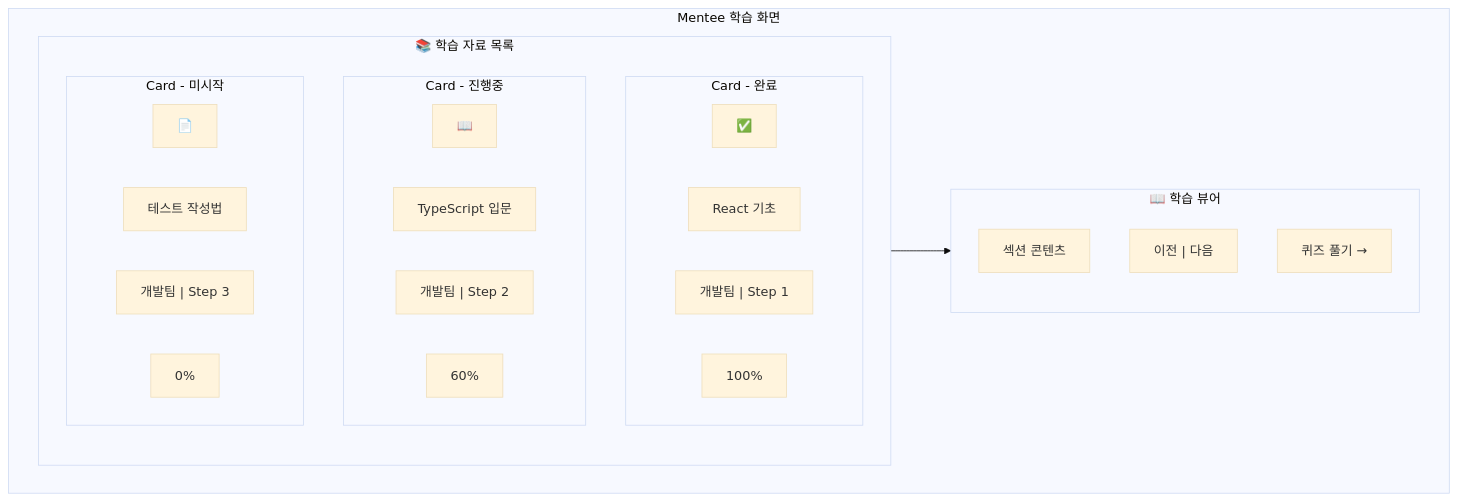
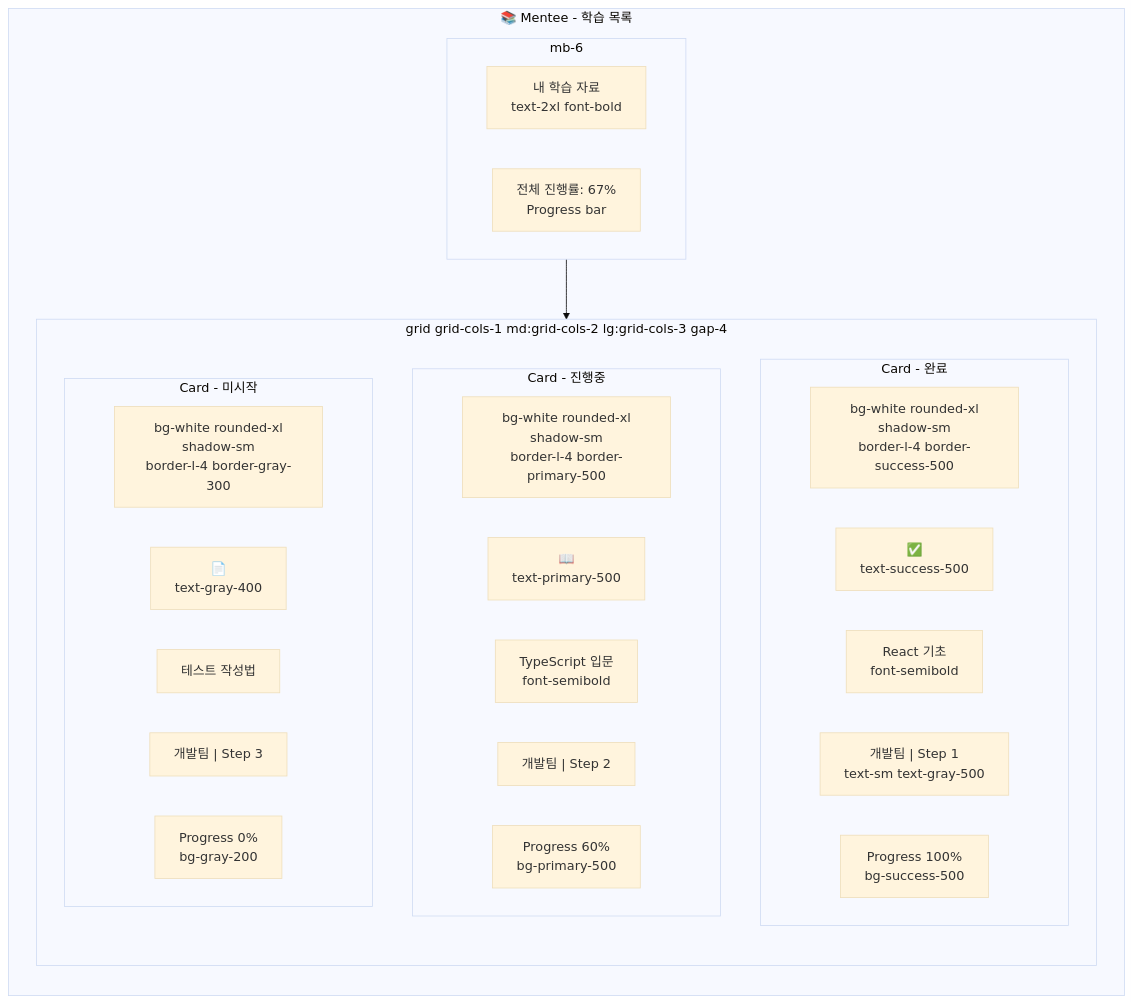
One commit to garimto81/ggp-ojt-v2 changed the ninth of 13 diagrams in tasks/prds/PRD-0015-ui-redesign-shadcn.md. Above: the diagram before and after it, drawn with Mermaid (base theme). The commit also changed other lines of this file, not shown here.

First line of the commit message:
docs(prd): PRD-0015 컬러 톤앤매너 + 세로 워크플로우 추가

````diff
--- a/tasks/prds/PRD-0015-ui-redesign-shadcn.md
+++ b/tasks/prds/PRD-0015-ui-redesign-shadcn.md
@@ -279,35 +528,41 @@
 ```mermaid
 graph TB
-    subgraph MenteeView["Mentee 학습 화면"]
-        subgraph DocList["📚 학습 자료 목록"]
+    subgraph MenteeList["📚 Mentee - 학습 목록"]
+        direction TB
+
+        subgraph ListHeader["mb-6"]
+            Title["내 학습 자료<br/>text-2xl font-bold"]
+            Progress["전체 진행률: 67%<br/>Progress bar"]
+        end
+
+        subgraph CardGrid["grid grid-cols-1 md:grid-cols-2 lg:grid-cols-3 gap-4"]
+            direction TB
+
             subgraph DocCard1["Card - 완료"]
-                DC1_Icon["✅"]
-                DC1_Title["React 기초"]
-                DC1_Meta["개발팀 | Step 1"]
-                DC1_Progress["100%"]
+                DC1_Container["bg-white rounded-xl<br/>shadow-sm<br/>border-l-4 border-success-500"]
+                DC1_Icon["✅<br/>text-success-500"]
+                DC1_Title["React 기초<br/>font-semibold"]
+                DC1_Meta["개발팀 | Step 1<br/>text-sm text-gray-500"]
+                DC1_Progress["Progress 100%<br/>bg-success-500"]
             end
 
             subgraph DocCard2["Card - 진행중"]
-                DC2_Icon["📖"]
-                DC2_Title["TypeScript 입문"]
+                DC2_Container["bg-white rounded-xl<br/>shadow-sm<br/>border-l-4 border-primary-500"]
+                DC2_Icon["📖<br/>text-primary-500"]
+                DC2_Title["TypeScript 입문<br/>font-semibold"]
                 DC2_Meta["개발팀 | Step 2"]
-                DC2_Progress["60%"]
+                DC2_Progress["Progress 60%<br/>bg-primary-500"]
             end
 
             subgraph DocCard3["Card - 미시작"]
-                DC3_Icon["📄"]
+                DC3_Container["bg-white rounded-xl<br/>shadow-sm<br/>border-l-4 border-gray-300"]
+                DC3_Icon["📄<br/>text-gray-400"]
                 DC3_Title["테스트 작성법"]
                 DC3_Meta["개발팀 | Step 3"]
-                DC3_Progress["0%"]
+                DC3_Progress["Progress 0%<br/>bg-gray-200"]
             end
-        end
-
-        subgraph StudyView["📖 학습 뷰어"]
-            Content["섹션 콘텐츠"]
-            Navigation["이전 | 다음"]
-            Quiz["퀴즈 풀기 →"]
         end
     end
 
-    DocList --> StudyView
+    ListHeader --> CardGrid
 ```
````
